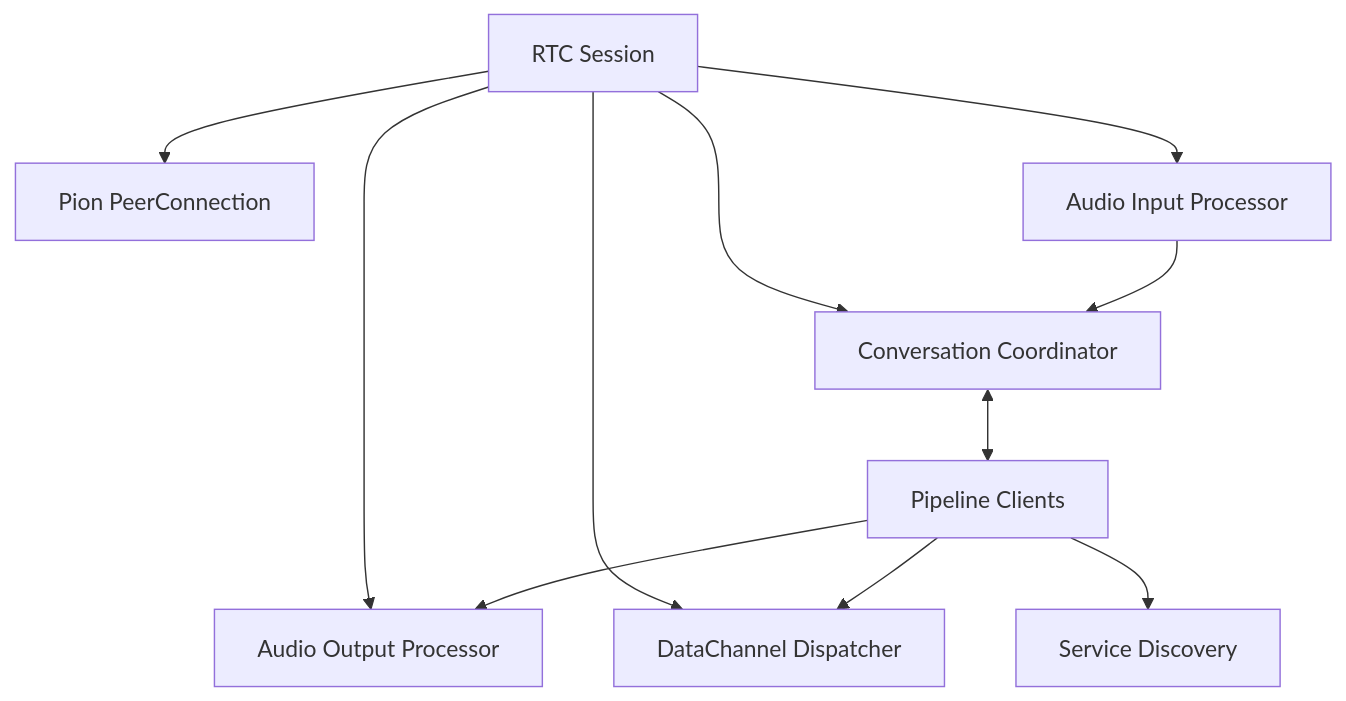
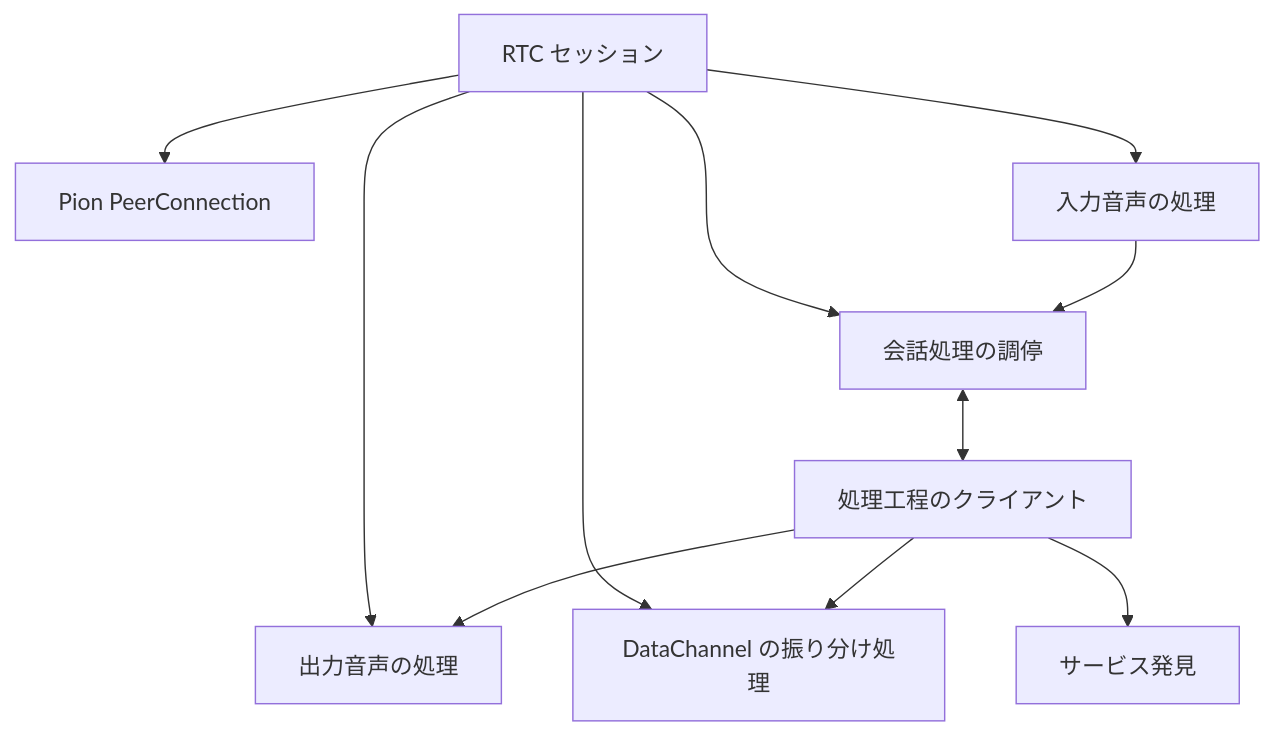
One commit to Sincromisor/Sincromisor changed the second of 5 diagrams in documents/migration/pion/target-architecture.md. Above: the diagram before and after it, drawn with Mermaid. The commit also changed other lines of this file and 94 other files, not shown here.

````diff
--- a/documents/migration/pion/target-architecture.md
+++ b/documents/migration/pion/target-architecture.md
@@ -66,22 +66,22 @@
 ```mermaid
 flowchart TB
-    Session["RTC Session"]
+    Session["RTC セッション"]
     Peer["Pion PeerConnection"]
-    Input["Audio Input Processor"]
-    Coordinator["Conversation Coordinator"]
-    Output["Audio Output Processor"]
-    Data["DataChannel Dispatcher"]
-    Clients["Pipeline Clients"]
-    Discovery["Service Discovery"]
+    Input["入力音声の処理"]
+    Coordinator["会話処理の調停"]
+    Output["出力音声の処理"]
+    Data["DataChannel の振り分け処理"]
+    Clients["処理工程のクライアント"]
+    Discovery["サービス発見"]
 
     Session --> Peer
     Session --> Input
     Session --> Coordinator
     Session --> Output
     Session --> Data
     Input --> Coordinator
     Coordinator <--> Clients
     Clients --> Output
     Clients --> Data
     Clients --> Discovery
 ```
````
